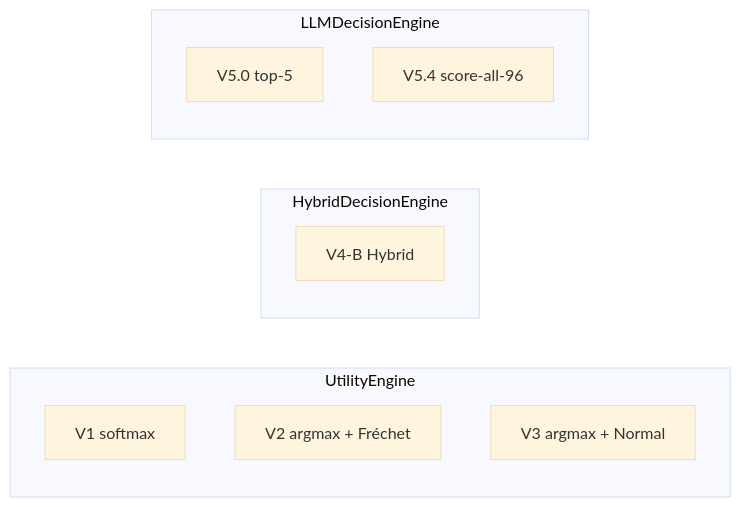
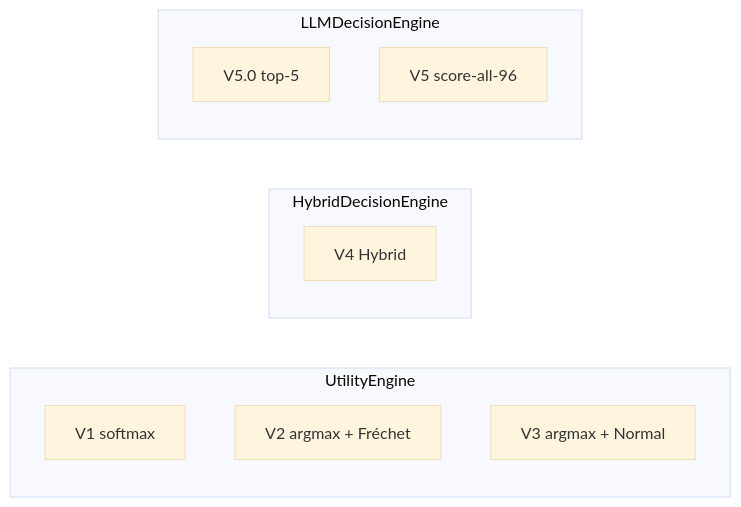
One commit to MASE-eLab/agent-urban-planning changed the diagram in docs/concepts/decision_engines.md. Above: the diagram before and after it, drawn with Mermaid (base theme). The commit also changed other lines of this file and 31 other files, not shown here.

````diff
--- a/docs/concepts/decision_engines.md
+++ b/docs/concepts/decision_engines.md
@@ -19,15 +19,15 @@
 ```{mermaid}
 flowchart LR
     subgraph V1V2V3 ["UtilityEngine"]
         v1[V1 softmax]
         v2[V2 argmax + Fréchet]
         v3[V3 argmax + Normal]
     end
     subgraph V4B ["HybridDecisionEngine"]
-        v4b[V4-B Hybrid]
+        v4[V4 Hybrid]
     end
     subgraph V54 ["LLMDecisionEngine"]
         v50[V5.0 top-5]
-        v54[V5.4 score-all-96]
+        v54[V5 score-all-96]
     end
 ```
````
